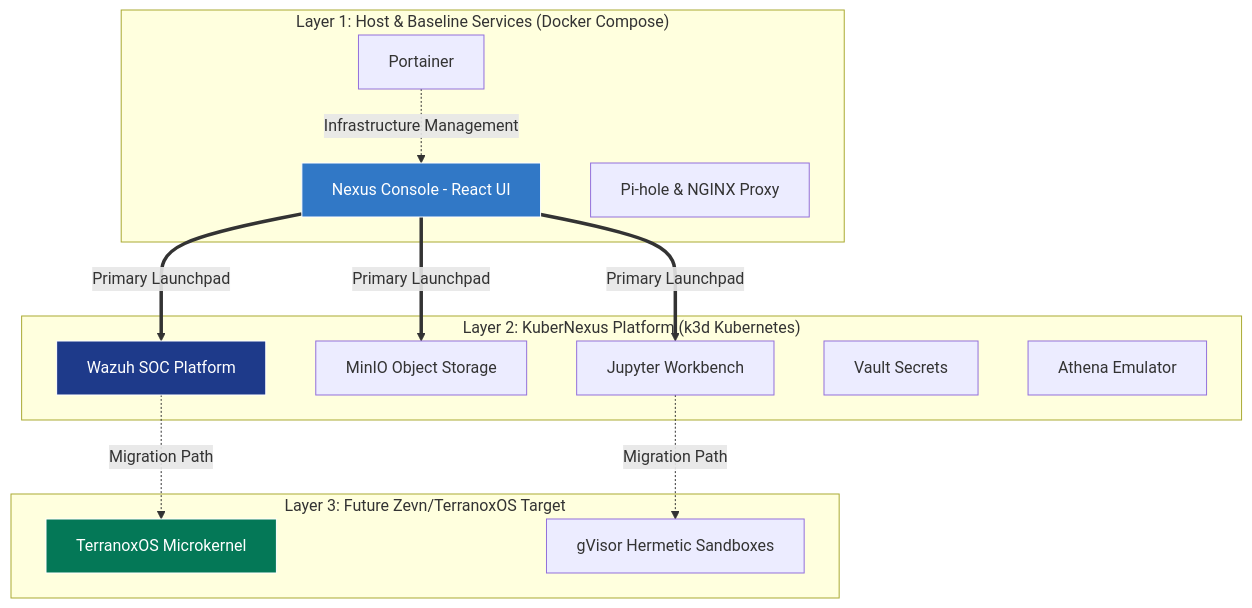
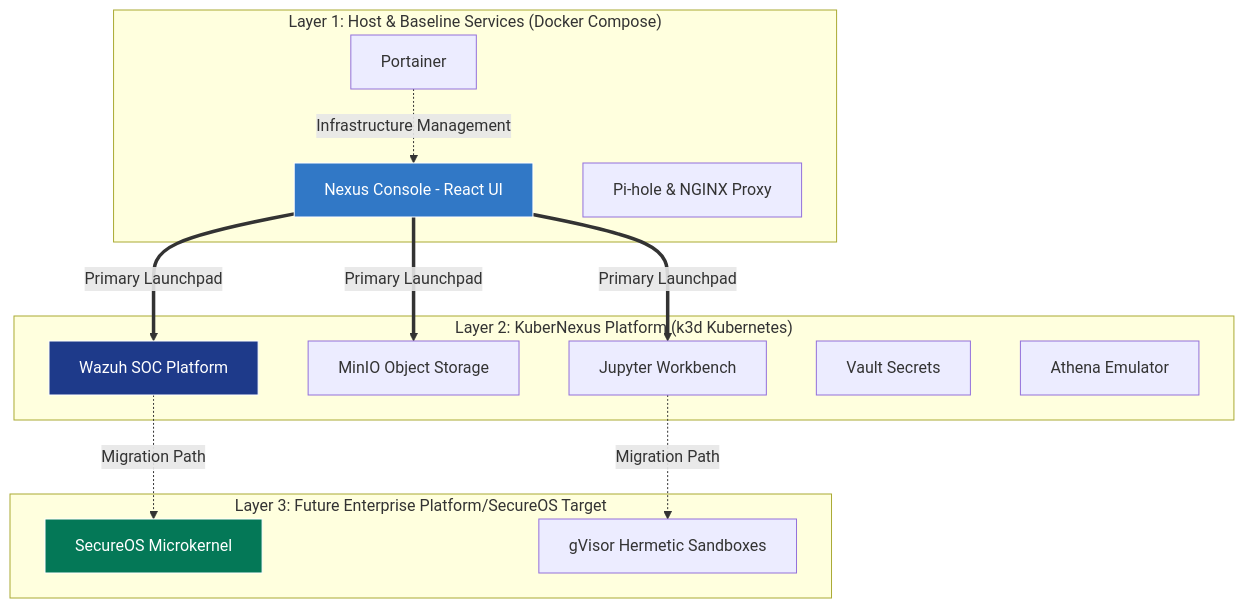
One commit to acald-creator/core-nexus changed the diagram in README.md. Above: the diagram before and after it, drawn with Mermaid. The commit also changed other lines of this file and 12 other files, not shown here.

````diff
--- a/README.md
+++ b/README.md
@@ -28,34 +28,34 @@
 ```mermaid
 graph TD
     subgraph "Layer 1: Host & Baseline Services (Docker Compose)"
         UI[Nexus Console - React UI]
         Port[Portainer]
         DNS[Pi-hole & NGINX Proxy]
     end
 
     subgraph "Layer 2: KuberNexus Platform (k3d Kubernetes)"
         SOC[Wazuh SOC Platform]
         Storage[MinIO Object Storage]
         Analyst[Jupyter Workbench]
         Sec[Vault Secrets]
         RedTeam[Athena Emulator]
     end
 
-    subgraph "Layer 3: Future Zevn/TerranoxOS Target"
-        OS[TerranoxOS Microkernel]
+    subgraph "Layer 3: Future Enterprise Platform/SecureOS Target"
+        OS[SecureOS Microkernel]
         gVisor[gVisor Hermetic Sandboxes]
     end
 
     UI ==>|Primary Launchpad| SOC
     UI ==>|Primary Launchpad| Analyst
     UI ==>|Primary Launchpad| Storage
     
     Port -.->|Infrastructure Management| UI
     
     SOC -.->|Migration Path| OS
     Analyst -.->|Migration Path| gVisor
     
     style UI fill:#3178c6,stroke:#fff,color:#fff
     style OS fill:#047857,stroke:#fff,color:#fff
     style SOC fill:#1e3a8a,stroke:#fff,color:#fff
 ```
````
